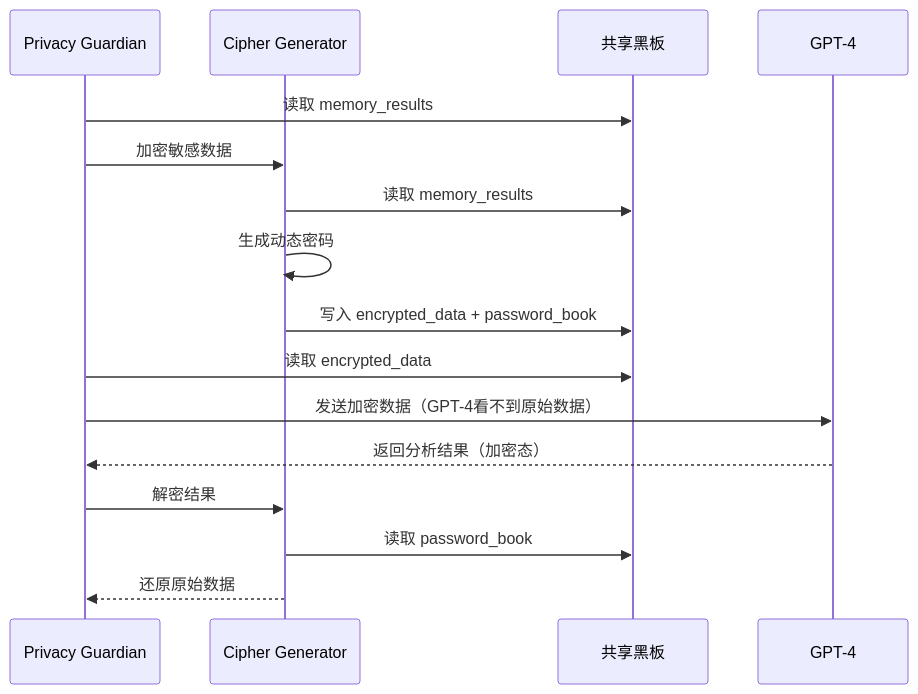
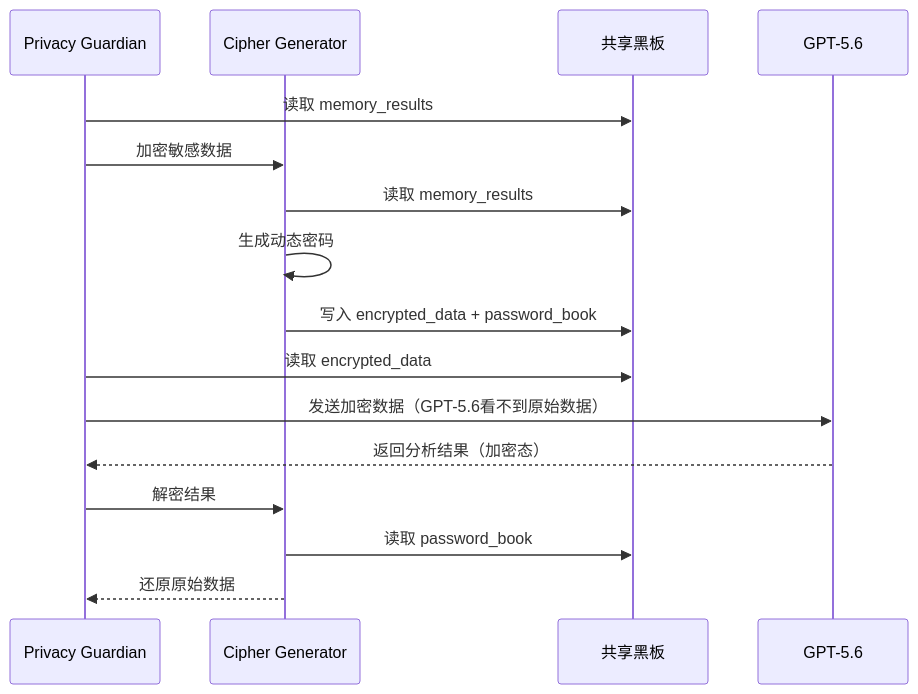
The sixth of 7 diagrams in 参赛PPT/full-content-v3-final.md (Lesleyshi1015/selfbrain-goai), drawn with Mermaid before and after one commit. The commit also changed other lines of this file, not shown here.

Commit message:
docs(ppt): GPT-4 全部更新为 GPT-5.6(25处)

````diff
--- a/参赛PPT/full-content-v3-final.md
+++ b/参赛PPT/full-content-v3-final.md
@@ -1018,19 +1018,19 @@
 ```mermaid
 sequenceDiagram
     participant PG as Privacy Guardian
     participant CG as Cipher Generator
     participant BB as 共享黑板
-    participant GPT as GPT-4
+    participant GPT as GPT-5.6
 
     PG->>BB: 读取 memory_results
     PG->>CG: 加密敏感数据
     CG->>BB: 读取 memory_results
     CG->>CG: 生成动态密码
     CG->>BB: 写入 encrypted_data + password_book
     PG->>BB: 读取 encrypted_data
-    PG->>GPT: 发送加密数据（GPT-4看不到原始数据）
+    PG->>GPT: 发送加密数据（GPT-5.6看不到原始数据）
     GPT-->>PG: 返回分析结果（加密态）
     PG->>CG: 解密结果
     CG->>BB: 读取 password_book
     CG-->>PG: 还原原始数据
 ```
````
